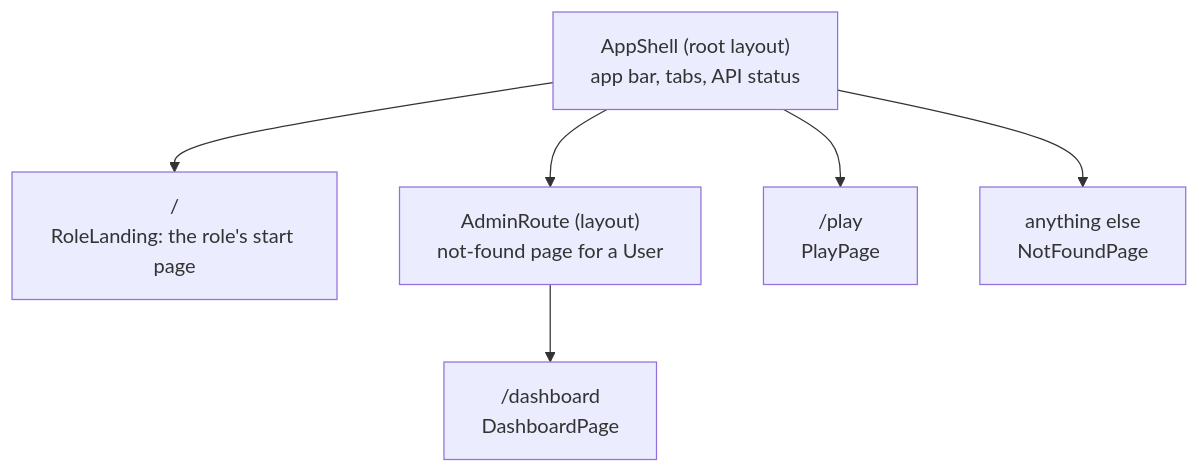
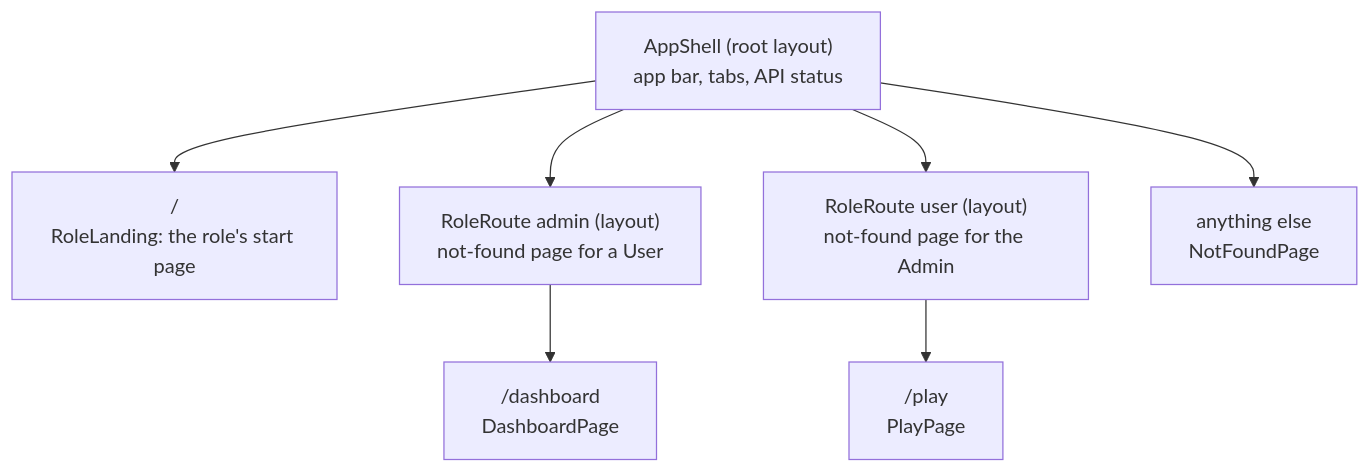
One commit to nitzanto/ratewatch changed the first of 3 diagrams in apps/docs/src/content/docs/architecture/frontend.md. Above: the diagram before and after it, drawn with Mermaid. The commit also changed other lines of this file and 260 other files, not shown here.

````diff
--- a/apps/docs/src/content/docs/architecture/frontend.md
+++ b/apps/docs/src/content/docs/architecture/frontend.md
@@ -58,7 +74,7 @@
 ```mermaid
 flowchart TD
   shell["AppShell (root layout)<br/>app bar, tabs, API status"] --> home["/<br/>RoleLanding: the role's start page"]
-  shell --> admin["AdminRoute (layout)<br/>not-found page for a User"] --> dashboard["/dashboard<br/>DashboardPage"]
-  shell --> play["/play<br/>PlayPage"]
+  shell --> admin["RoleRoute admin (layout)<br/>not-found page for a User"] --> dashboard["/dashboard<br/>DashboardPage"]
+  shell --> user["RoleRoute user (layout)<br/>not-found page for the Admin"] --> play["/play<br/>PlayPage"]
   shell --> notFound["anything else<br/>NotFoundPage"]
 ```
````
